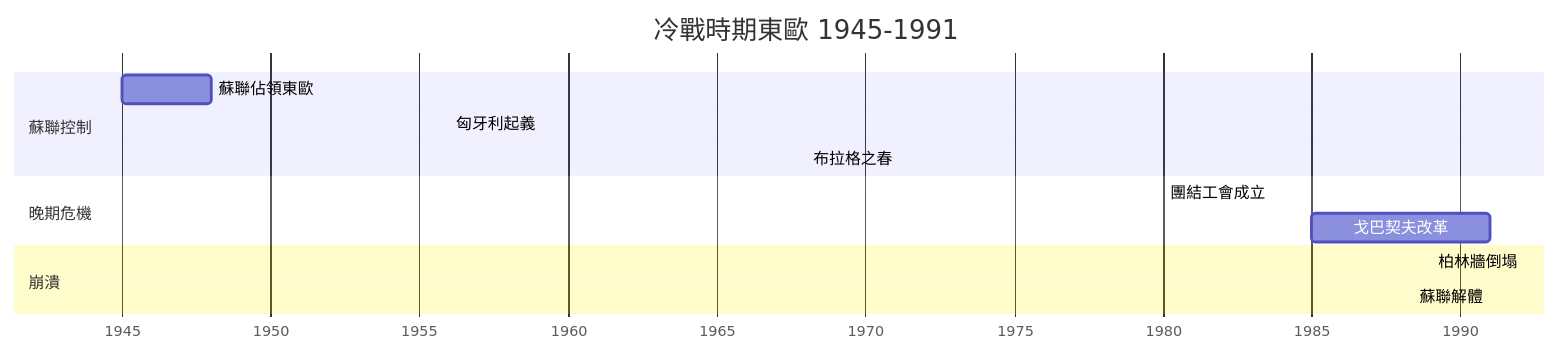
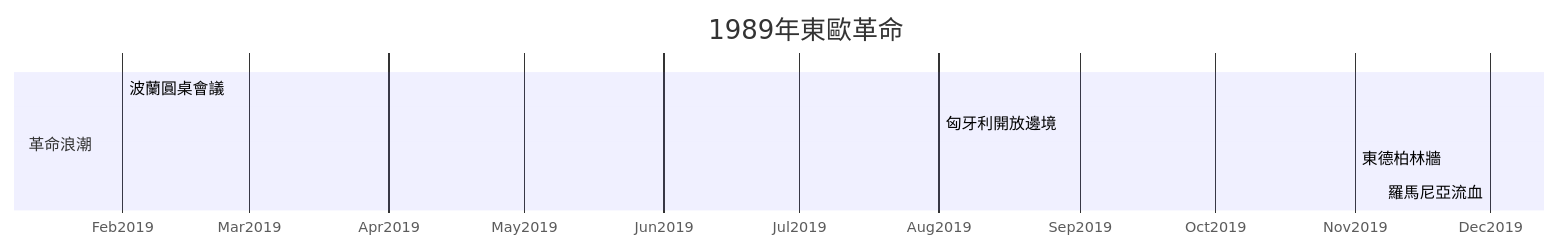
Before and after one commit to yip-lgtm/HKU-Harvard-History-Self-Study: the sixth of 10 diagrams in 01_HKU_Courses/HIST2152_Late_socialism.md, drawn with Mermaid. The commit also changed other lines of this file and 7 other files, not shown here.

````diff
--- a/01_HKU_Courses/HIST2152_Late_socialism.md
+++ b/01_HKU_Courses/HIST2152_Late_socialism.md
@@ -212,16 +280,11 @@
 ```mermaid
 gantt
-    title 冷戰時期東歐 1945-1991
-    dateFormat  YYYY
-    axisFormat  %Y
-    section 蘇聯控制
-    蘇聯佔領東歐    :1945, 1948
-    匈牙利起義    :1956, 1956
-    布拉格之春    :1968, 1968
-    section 晚期危機
-    團結工會成立    :1980, 1980
-    戈巴契夫改革    :1985, 1991
-    section 崩潰
-    柏林牆倒塌    :1989, 1989
-    蘇聯解體    :1991, 1991
+    title 1989年東歐革命
+    dateFormat  YYYY-MM-DD
+    axisFormat  %b%Y
+    section 革命浪潮
+    波蘭圓桌會議    :2019-02, 2019-04
+    匈牙利開放邊境    :2019-08, 2019-08
+    東德柏林牆    :2019-11, 2019-11
+    羅馬尼亞流血    :2019-12, 2019-12
 ```
````
